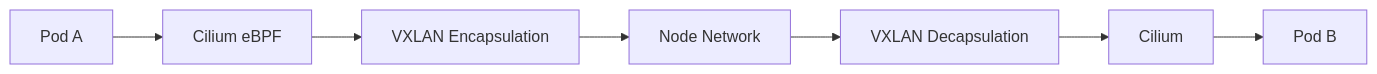
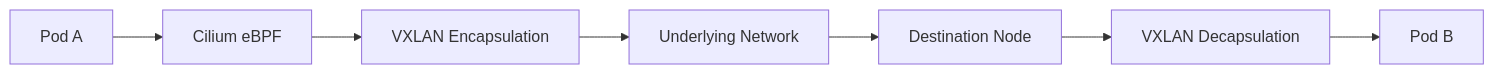
Before and after one commit to ahmed-sayed-devops/microservices-platform-gitops: the tenth of 30 diagrams in docs/02-cilium/README.md, drawn with Mermaid. The commit also changed other lines of this file, not shown here.

Commit message:
docs: add Cilium networking documentation

````diff
--- a/docs/02-cilium/README.md
+++ b/docs/02-cilium/README.md
@@ -583,18 +591,24 @@
 ```mermaid
 flowchart LR
 
     PodA["Pod A"]
-    CiliumA["Cilium eBPF"]
-    VXLAN["VXLAN Encapsulation"]
-    Network["Node Network"]
-    Decap["VXLAN Decapsulation"]
-    CiliumB["Cilium"]
+
+    EBPF["Cilium eBPF"]
+
+    Encapsulation["VXLAN Encapsulation"]
+
+    Network["Underlying Network"]
+
+    NodeB["Destination Node"]
+
+    Decapsulation["VXLAN Decapsulation"]
+
     PodB["Pod B"]
 
-    PodA --> CiliumA
-    CiliumA --> VXLAN
-    VXLAN --> Network
-    Network --> Decap
-    Decap --> CiliumB
-    CiliumB --> PodB
+    PodA --> EBPF
+    EBPF --> Encapsulation
+    Encapsulation --> Network
+    Network --> NodeB
+    NodeB --> Decapsulation
+    Decapsulation --> PodB
 ```
````
